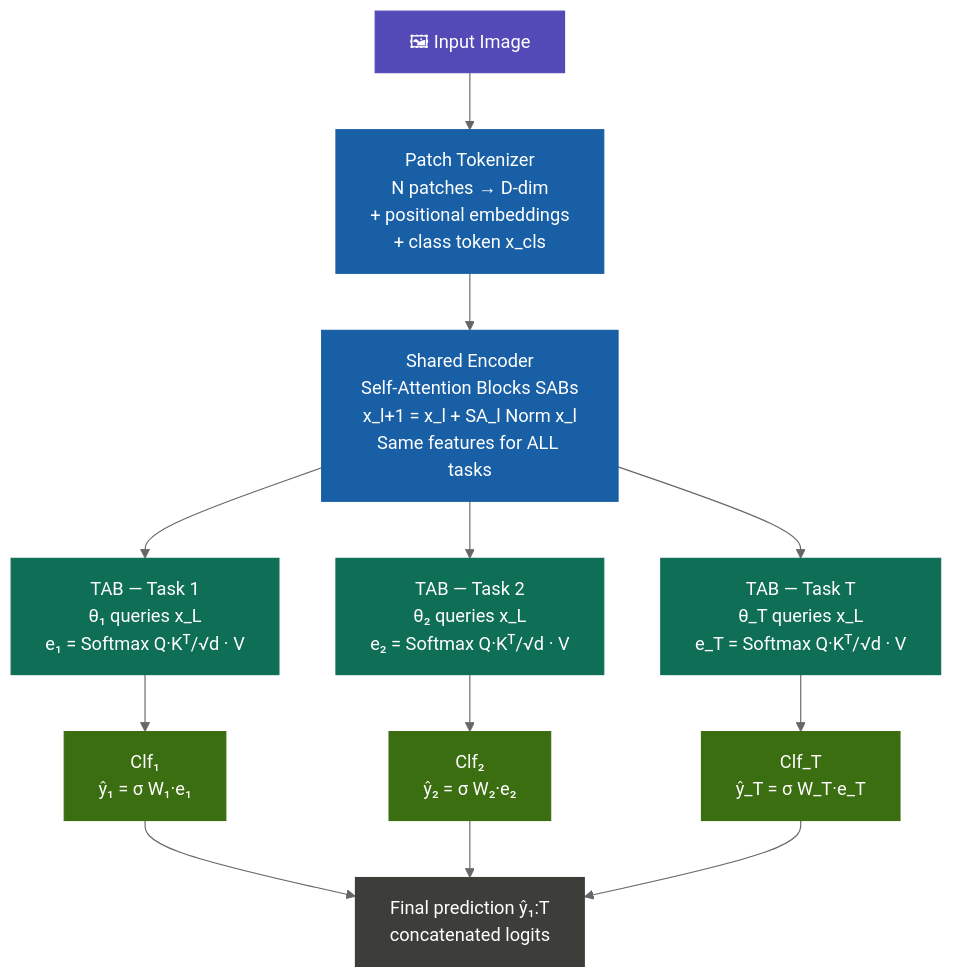
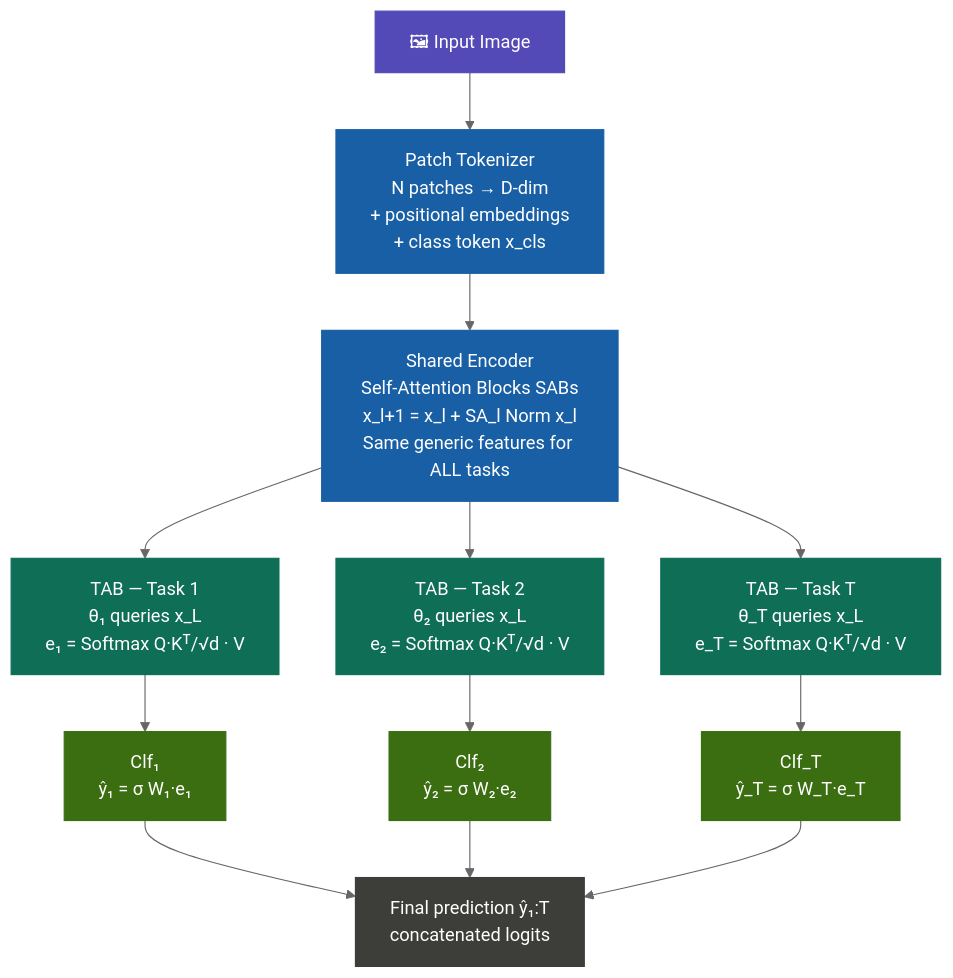
The first of 4 diagrams in README.md (PranjalUpadhyay7/dytox_modification), drawn with Mermaid (neutral theme) before and after one commit. The commit also changed other lines of this file, not shown here.

Commit message:
docs: remove task 2 noise, focus on task-aware encoder with accuracy vs baseline graphs

````diff
--- a/README.md
+++ b/README.md
@@ -74,29 +40,29 @@
 ```mermaid
 flowchart TD
     IMG["🖼 Input Image"] --> PATCH["Patch Tokenizer\nN patches → D-dim\n+ positional embeddings\n+ class token x_cls"]
 
-    PATCH --> SAB["Shared Encoder\nSelf-Attention Blocks SABs\nx_l+1 = x_l + SA_l Norm x_l\nSame features for ALL tasks"]
+    PATCH --> SAB["Shared Encoder\nSelf-Attention Blocks SABs\nx_l+1 = x_l + SA_l Norm x_l\nSame generic features for ALL tasks"]
 
     SAB --> TAB1["TAB — Task 1\nθ₁ queries x_L\ne₁ = Softmax Q·Kᵀ/√d · V"]
     SAB --> TAB2["TAB — Task 2\nθ₂ queries x_L\ne₂ = Softmax Q·Kᵀ/√d · V"]
     SAB --> TABN["TAB — Task T\nθ_T queries x_L\ne_T = Softmax Q·Kᵀ/√d · V"]
 
     TAB1 --> CLF1["Clf₁\nŷ₁ = σ W₁·e₁"]
     TAB2 --> CLF2["Clf₂\nŷ₂ = σ W₂·e₂"]
     TABN --> CLFN["Clf_T\nŷ_T = σ W_T·e_T"]
 
     CLF1 --> OUT["Final prediction ŷ₁:T\nconcatenated logits"]
     CLF2 --> OUT
     CLFN --> OUT
 
     style IMG fill:#534AB7,color:#fff,stroke:#534AB7
     style PATCH fill:#185FA5,color:#fff,stroke:#185FA5
     style SAB fill:#185FA5,color:#fff,stroke:#185FA5
     style TAB1 fill:#0F6E56,color:#fff,stroke:#0F6E56
     style TAB2 fill:#0F6E56,color:#fff,stroke:#0F6E56
     style TABN fill:#0F6E56,color:#fff,stroke:#0F6E56
     style CLF1 fill:#3B6D11,color:#fff,stroke:#3B6D11
     style CLF2 fill:#3B6D11,color:#fff,stroke:#3B6D11
     style CLFN fill:#3B6D11,color:#fff,stroke:#3B6D11
     style OUT fill:#3d3d3a,color:#fff,stroke:#3d3d3a
 ```
````
